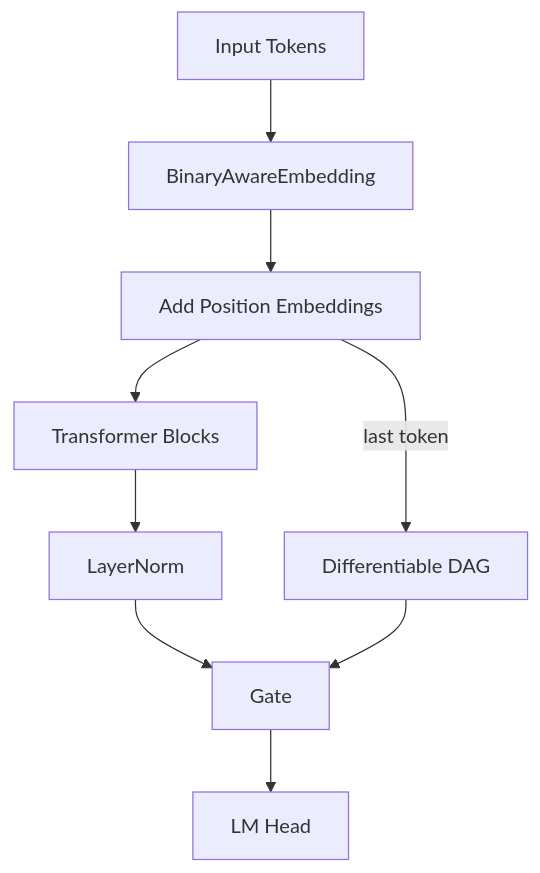
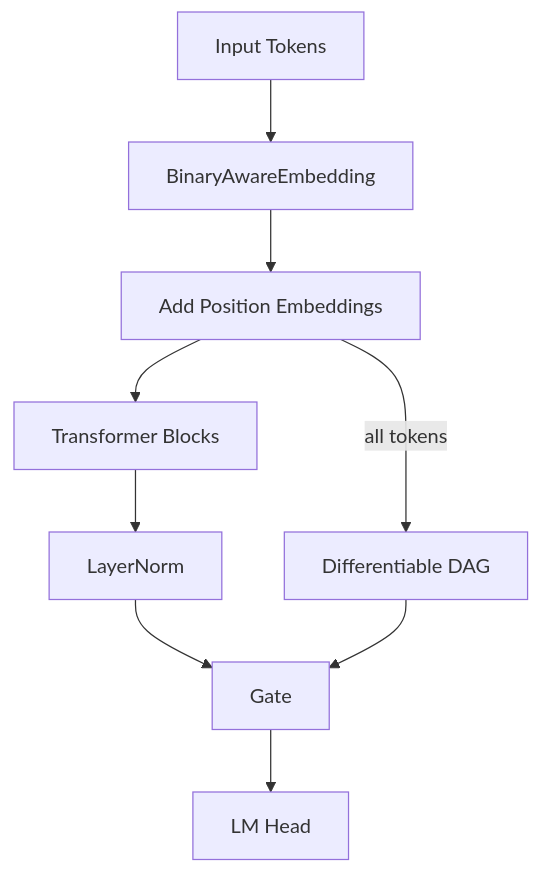
Before and after one commit to marict/nanoGPT-llm-extraction: the diagram in README.md, drawn with Mermaid. The commit also changed other lines of this file and 2 other files, not shown here.

Commit message:
Add test for zero-padding initial DAG nodes

````diff
--- a/README.md
+++ b/README.md
@@ -18,11 +19,11 @@
 ```mermaid
 flowchart TD
     A[Input Tokens] --> B[BinaryAwareEmbedding]
     B --> C[Add Position Embeddings]
     C --> D[Transformer Blocks]
     D --> E[LayerNorm]
-    C --> |last token| F[Differentiable DAG]
+    C --> |all tokens| F[Differentiable DAG]
     E --> G[Gate]
     F --> G
     G --> H[LM Head]
 ```
````
